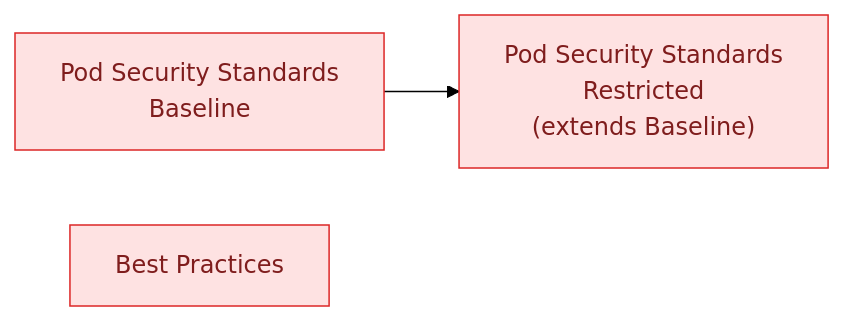
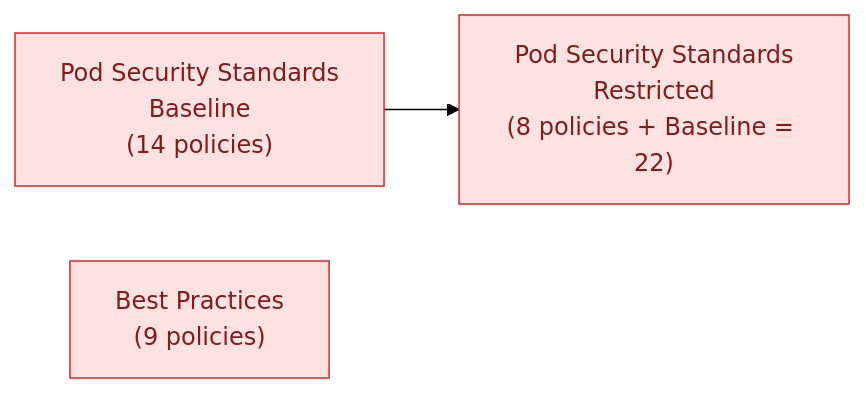
The diagram in README.md (ppat/homelab-ops-policies), drawn with Mermaid (forest theme) before and after one commit. The commit also changed other lines of this file, not shown here.

````diff
--- a/README.md
+++ b/README.md
@@ -45,11 +47,11 @@
 ```mermaid
 flowchart LR
-    baseline["Pod Security Standards\nBaseline"]
-    restricted["Pod Security Standards\nRestricted\n(extends Baseline)"]
-    bp["Best Practices"]
+    baseline["Pod Security Standards\nBaseline\n(14 policies)"]
+    restricted["Pod Security Standards\nRestricted\n(8 policies + Baseline = 22)"]
+    bp["Best Practices\n(9 policies)"]
 
     baseline --> restricted
 
     classDef pol fill:#fee2e2,stroke:#dc2626,color:#7f1d1d
     class baseline,restricted,bp pol
 ```
````
